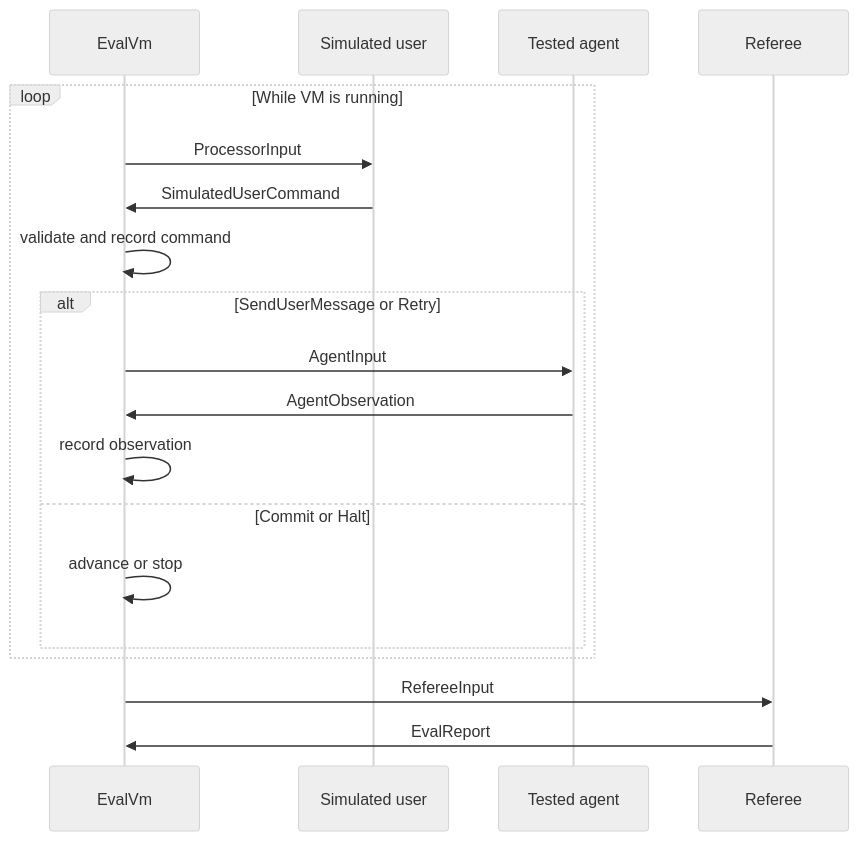
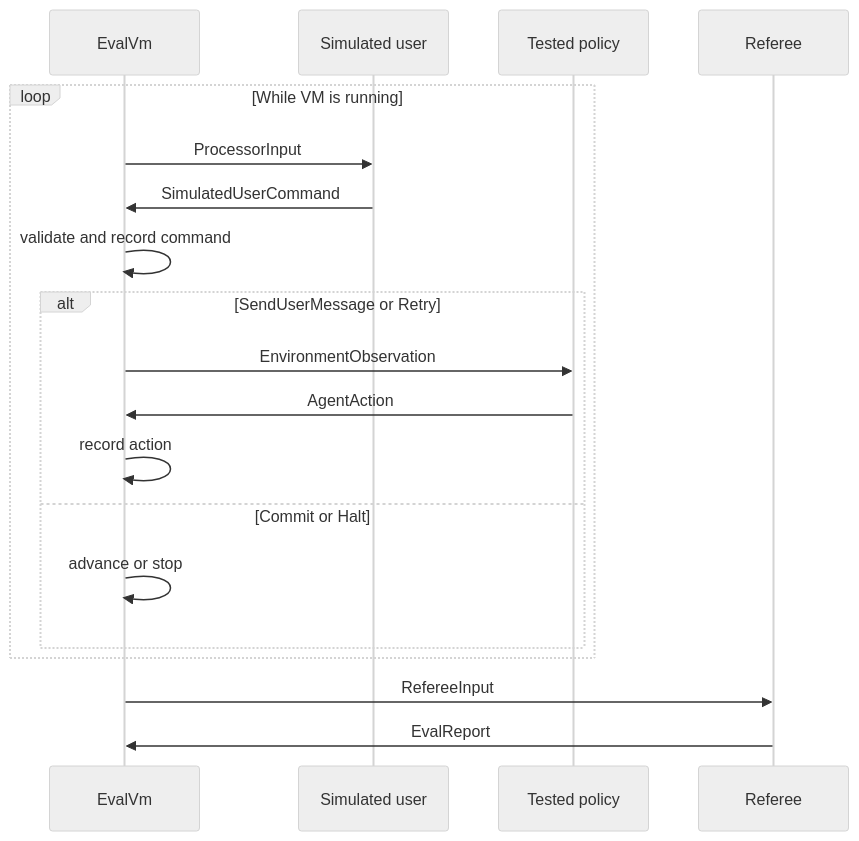
Before and after one commit to Gujiawei-Edinburgh/canary-agent: the fourth of 4 diagrams in lite-agent-eval/doc/eval-framework.md, drawn with Mermaid (neutral theme). The commit also changed other lines of this file and 11 other files, not shown here.

````diff
--- a/lite-agent-eval/doc/eval-framework.md
+++ b/lite-agent-eval/doc/eval-framework.md
@@ -305,22 +326,22 @@
 ```mermaid
 sequenceDiagram
     participant VM as EvalVm
     participant SU as Simulated user
-    participant TA as Tested agent
+    participant TA as Tested policy
     participant RF as Referee
 
     loop While VM is running
         VM->>SU: ProcessorInput
         SU->>VM: SimulatedUserCommand
         VM->>VM: validate and record command
         alt SendUserMessage or Retry
-            VM->>TA: AgentInput
-            TA->>VM: AgentObservation
-            VM->>VM: record observation
+            VM->>TA: EnvironmentObservation
+            TA->>VM: AgentAction
+            VM->>VM: record action
         else Commit or Halt
             VM->>VM: advance or stop
         end
     end
     VM->>RF: RefereeInput
     RF->>VM: EvalReport
 ```
````
